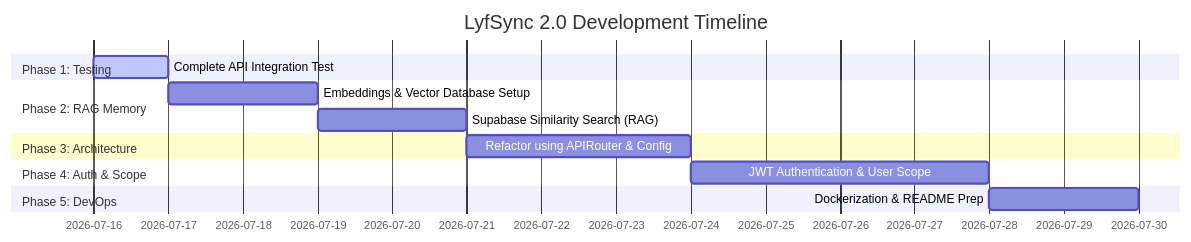
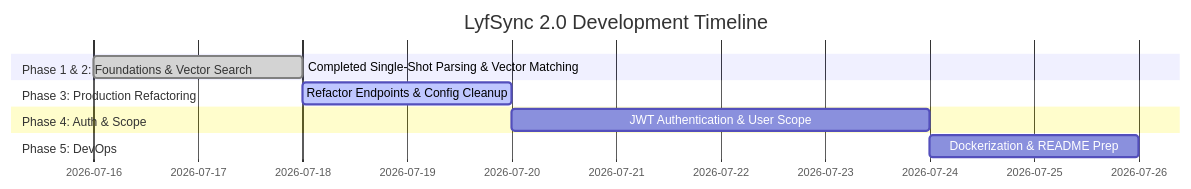
The diagram in project_roadmap.md (aasish-bodapati/lyfsync_2.0), drawn with Mermaid before and after one commit. The commit also changed other lines of this file and 5 other files, not shown here.

````diff
--- a/project_roadmap.md
+++ b/project_roadmap.md
@@ -9,16 +9,13 @@
 ```mermaid
 gantt
     title LyfSync 2.0 Development Timeline
     dateFormat  YYYY-MM-DD
-    section Phase 1: Testing
-    Complete API Integration Test    :active, p1, 2026-07-16, 1d
-    section Phase 2: RAG Memory
-    Embeddings & Vector Database Setup : p2_1, after p1, 2d
-    Supabase Similarity Search (RAG)  : p2_2, after p2_1, 2d
-    section Phase 3: Architecture
-    Refactor using APIRouter & Config : p3, after p2_2, 3d
+    section Phase 1 & 2: Foundations & Vector Search
+    Completed Single-Shot Parsing & Vector Matching :done, p1, 2026-07-16, 2d
+    section Phase 3: Production Refactoring
+    Refactor Endpoints & Config Cleanup :active, p3, 2026-07-18, 2d
     section Phase 4: Auth & Scope
     JWT Authentication & User Scope   : p4, after p3, 4d
     section Phase 5: DevOps
     Dockerization & README Prep       : p5, after p4, 2d
 ```
````
